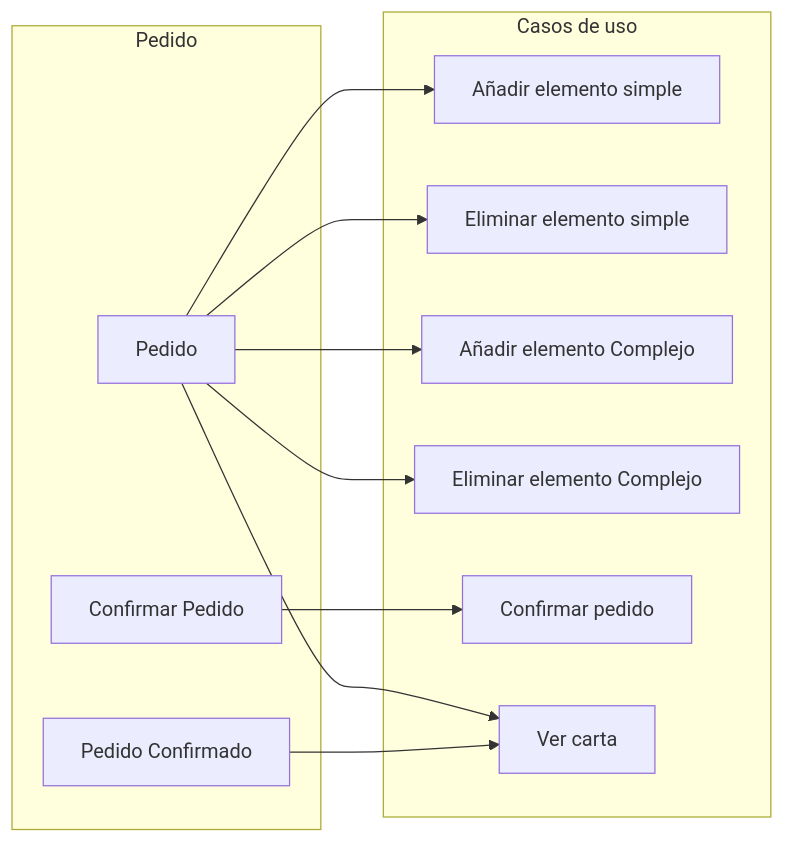
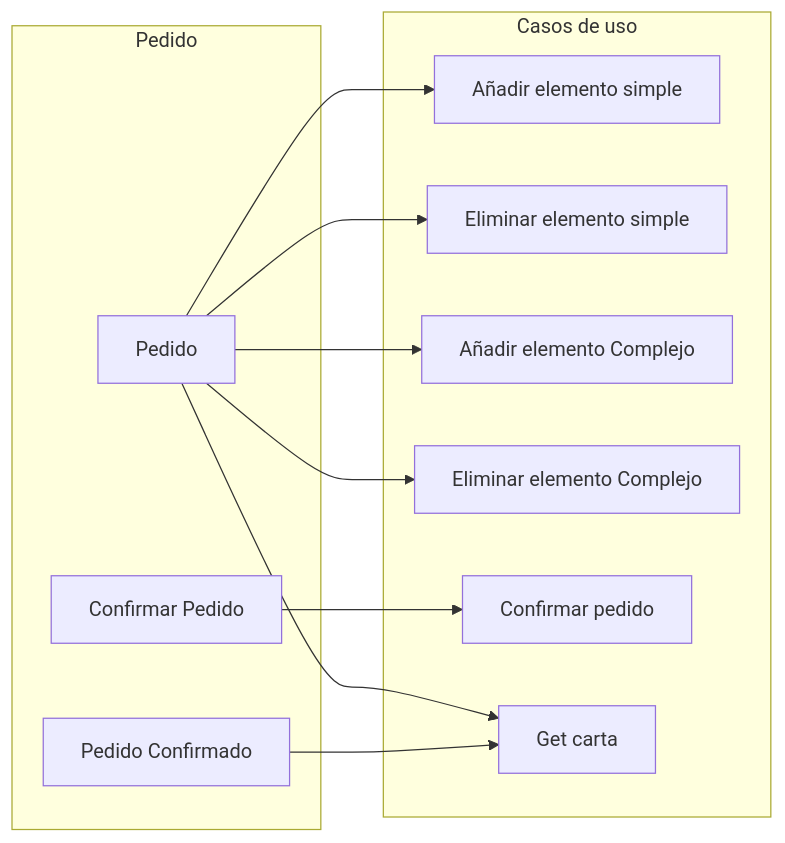
The eighth of 9 diagrams in documentacion/requisitos/diagramas_de_flujo.md (pabenito/QRest), drawn with Mermaid before and after one commit. The commit also changed other lines of this file, not shown here.

Commit message:
Diagramas de flujo: Casos de uso del backend & Sintaxis

````diff
--- a/documentacion/requisitos/diagramas_de_flujo.md
+++ b/documentacion/requisitos/diagramas_de_flujo.md
@@ -116,23 +142,23 @@
 ```mermaid
 flowchart LR
     subgraph g_pedido[Pedido]
         pedido[Pedido]
         confirmar[Confirmar Pedido]
         pedido_confirmado[Pedido Confirmado]
     end
     subgraph casos_de_uso[Casos de uso]
         anadir_elemento_simple[Añadir elemento simple]
         eliminar_elemento_simple[Eliminar elemento simple]
         anadir_elemento_complejo[Añadir elemento Complejo]
         eliminar_elemento_complejo[Eliminar elemento Complejo]
         confirmar_pedido[Confirmar pedido]
-        ver_carta[Ver carta]
+        get_carta[Get carta]
     end
     pedido --> anadir_elemento_simple
     pedido --> eliminar_elemento_simple
     pedido --> anadir_elemento_complejo
     pedido --> eliminar_elemento_complejo
-    pedido --> ver_carta
+    pedido --> get_carta
     confirmar --> confirmar_pedido
-    pedido_confirmado --> ver_carta
+    pedido_confirmado --> get_carta
 ```
````
